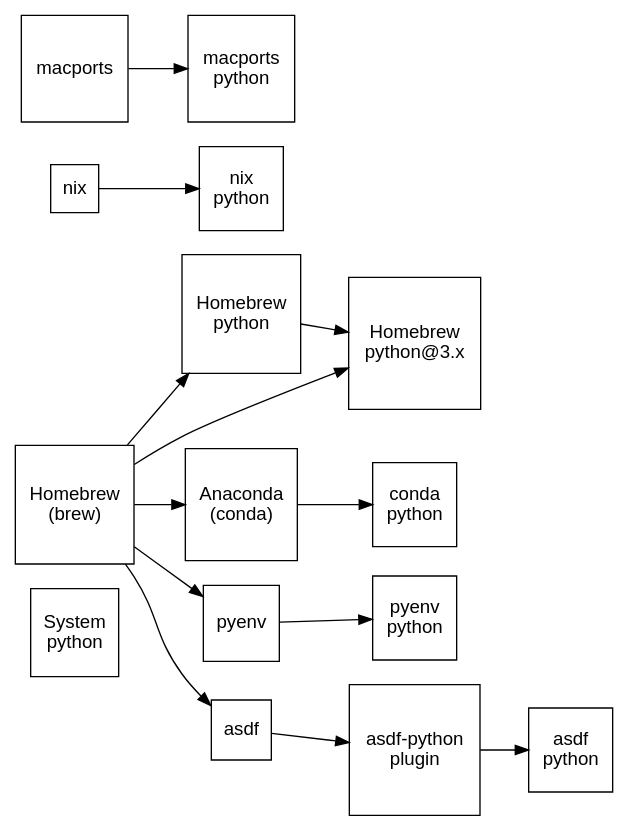
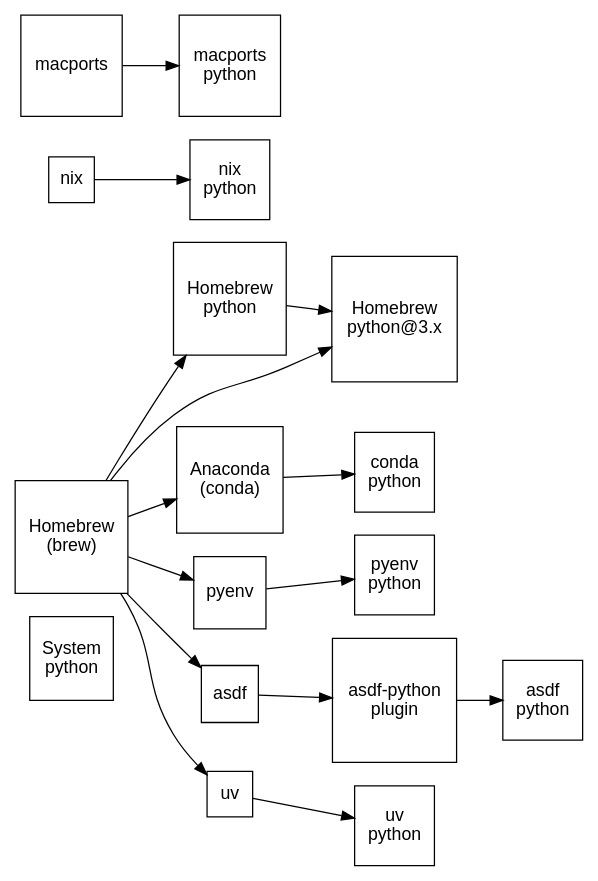
Before and after one commit to colindean/talks: the diagram in make_python_devex/python_installation_methods.dot, drawn with Graphviz.

Commit message:
[make_python_devex] Fixup the externalized dot

```diff
--- a/make_python_devex/python_installation_methods.dot
+++ b/make_python_devex/python_installation_methods.dot
@@ -1,40 +1,44 @@
 digraph python_installation_methods {
   rankdir=LR;
   rank=source;
   size="9,9"
 
   graph [fontname = "helvetica"];
   node [fontname = "helvetica", shape = square, margin = 0.1];
   edge [fontname = "helvetica"];
 
   node [label = "System\npython"]; system
   node [label = "Homebrew\n(brew)"]; brew
   node [label = "Homebrew\npython"]; brewpy
   node [label = "Homebrew\npython@3.x"]; brewpyx
   node [label = "Anaconda\n(conda)"]; conda
   node [label = "conda\npython"]; condapy
   node [label = "pyenv"]; pyenv
   node [label = "pyenv\npython"]; pyenvpy
   node [label = "asdf"]; asdf
   node [label = "asdf-python\nplugin"]; asdfpyplugin
   node [label = "asdf\npython"]; asdfpy
   node [label = "nix"]; nix
   node [label = "nix\npython"]; nixpy
   node [label = "macports"]; macports;
   node [label = "macports\npython"]; macportspy;
+  node [label = "uv"]; uv;
+  node [label = "uv\npython"]; uvpy;
 
   system;
 
   brew -> brewpy;
   brewpy -> brewpyx;
   brew -> brewpyx;
   brew -> conda;
   conda -> condapy;
   brew -> pyenv;
   pyenv -> pyenvpy;
   brew -> asdf;
   asdf -> asdfpyplugin;
   asdfpyplugin -> asdfpy;
   nix -> nixpy;
   macports -> macportspy;
+  brew -> uv;
+  uv -> uvpy;
 }
```
